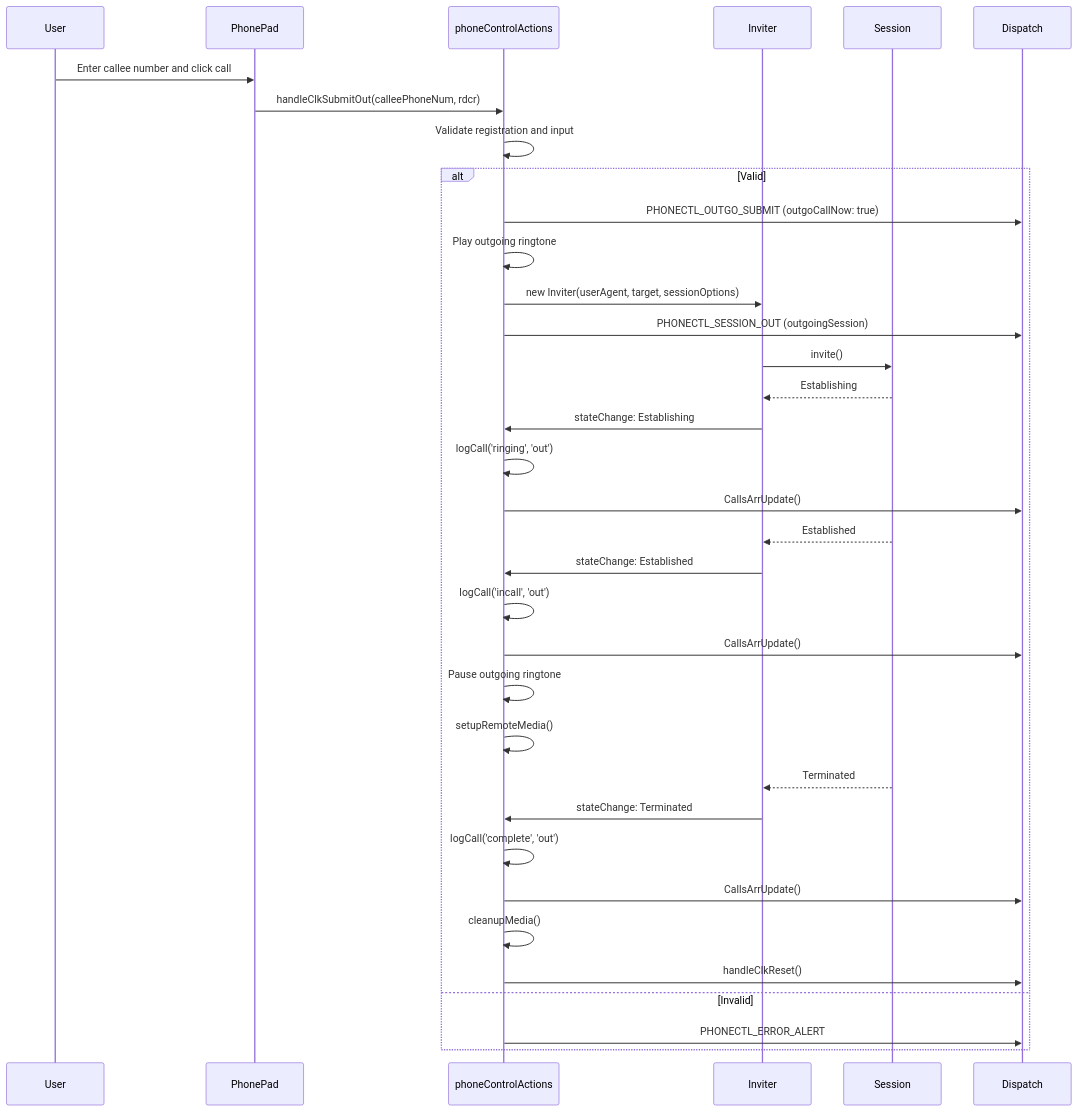
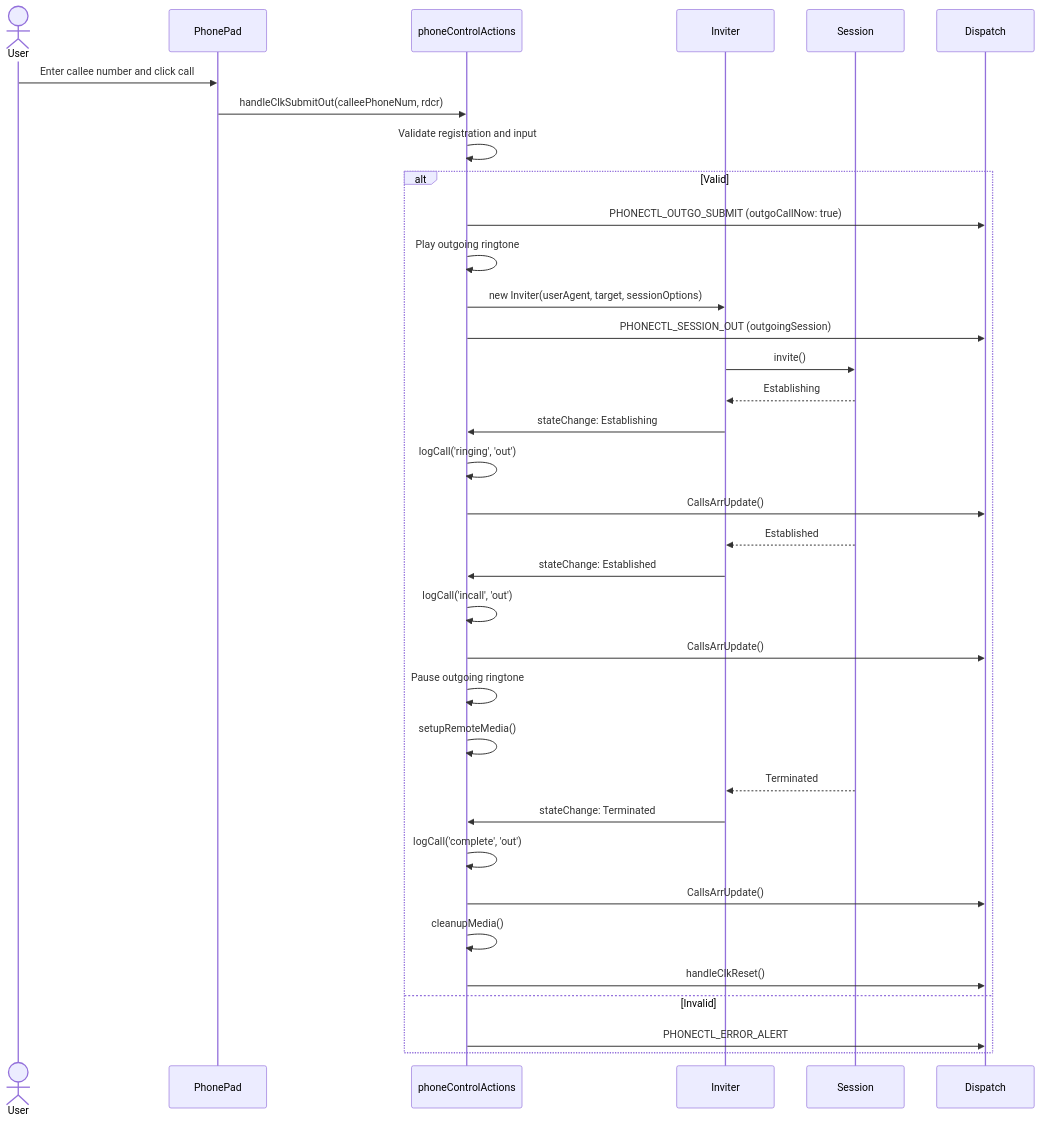
The fifth of 5 diagrams in phone/README.md (ars-anosov/sipjs-react), drawn with Mermaid before and after one commit. The commit also changed other lines of this file, not shown here.

````diff
--- a/phone/README.md
+++ b/phone/README.md
@@ -139,38 +139,38 @@
 ```mermaid
 sequenceDiagram
-    participant User
-    participant PhonePad
-    participant Action as phoneControlActions
-    participant Inviter
-    participant Session
-    participant Dispatch
+  actor User
+  participant PhonePad
+  participant Action as phoneControlActions
+  participant Inviter
+  participant Session
+  participant Dispatch
 
-    User->>PhonePad: Enter callee number and click call
-    PhonePad->>Action: handleClkSubmitOut(calleePhoneNum, rdcr)
-    Action->>Action: Validate registration and input
-    alt Valid
-        Action->>Dispatch: PHONECTL_OUTGO_SUBMIT (outgoCallNow: true)
-        Action->>Action: Play outgoing ringtone
-        Action->>Inviter: new Inviter(userAgent, target, sessionOptions)
-        Action->>Dispatch: PHONECTL_SESSION_OUT (outgoingSession)
-        Inviter->>Session: invite()
-        Session-->>Inviter: Establishing
-        Inviter->>Action: stateChange: Establishing
-        Action->>Action: logCall('ringing', 'out')
-        Action->>Dispatch: CallsArrUpdate()
-        Session-->>Inviter: Established
-        Inviter->>Action: stateChange: Established
-        Action->>Action: logCall('incall', 'out')
-        Action->>Dispatch: CallsArrUpdate()
-        Action->>Action: Pause outgoing ringtone
-        Action->>Action: setupRemoteMedia()
-        Session-->>Inviter: Terminated
-        Inviter->>Action: stateChange: Terminated
-        Action->>Action: logCall('complete', 'out')
-        Action->>Dispatch: CallsArrUpdate()
-        Action->>Action: cleanupMedia()
-        Action->>Dispatch: handleClkReset()
-    else Invalid
-        Action->>Dispatch: PHONECTL_ERROR_ALERT
-    end
+  User->>PhonePad: Enter callee number and click call
+  PhonePad->>Action: handleClkSubmitOut(calleePhoneNum, rdcr)
+  Action->>Action: Validate registration and input
+  alt Valid
+    Action->>Dispatch: PHONECTL_OUTGO_SUBMIT (outgoCallNow: true)
+    Action->>Action: Play outgoing ringtone
+    Action->>Inviter: new Inviter(userAgent, target, sessionOptions)
+    Action->>Dispatch: PHONECTL_SESSION_OUT (outgoingSession)
+    Inviter->>Session: invite()
+    Session-->>Inviter: Establishing
+    Inviter->>Action: stateChange: Establishing
+    Action->>Action: logCall('ringing', 'out')
+    Action->>Dispatch: CallsArrUpdate()
+    Session-->>Inviter: Established
+    Inviter->>Action: stateChange: Established
+    Action->>Action: logCall('incall', 'out')
+    Action->>Dispatch: CallsArrUpdate()
+    Action->>Action: Pause outgoing ringtone
+    Action->>Action: setupRemoteMedia()
+    Session-->>Inviter: Terminated
+    Inviter->>Action: stateChange: Terminated
+    Action->>Action: logCall('complete', 'out')
+    Action->>Dispatch: CallsArrUpdate()
+    Action->>Action: cleanupMedia()
+    Action->>Dispatch: handleClkReset()
+  else Invalid
+    Action->>Dispatch: PHONECTL_ERROR_ALERT
+  end
 ```
````
